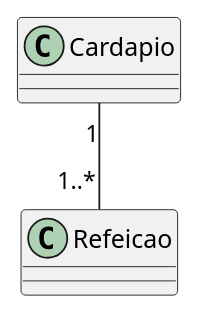
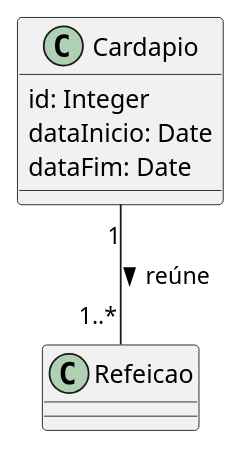
Before and after one commit to joseduardogon/Minha_UFG_Grupo_Cinza: the diagram in Integracao/entidades/Entidade-Cardapio.md, drawn with PlantUML. The commit also changed other lines of this file and 131 other files, not shown here.

````diff
--- a/Integracao/entidades/Entidade-Cardapio.md
+++ b/Integracao/entidades/Entidade-Cardapio.md
@@ -42,5 +42,9 @@
 ```plantuml
-class Cardapio
+class Cardapio {
+  id: Integer
+  dataInicio: Date
+  dataFim: Date
+}
 class Refeicao
-Cardapio "1" -- "1..*" Refeicao
+Cardapio "1" -- "1..*" Refeicao : reúne >
 ```
````
